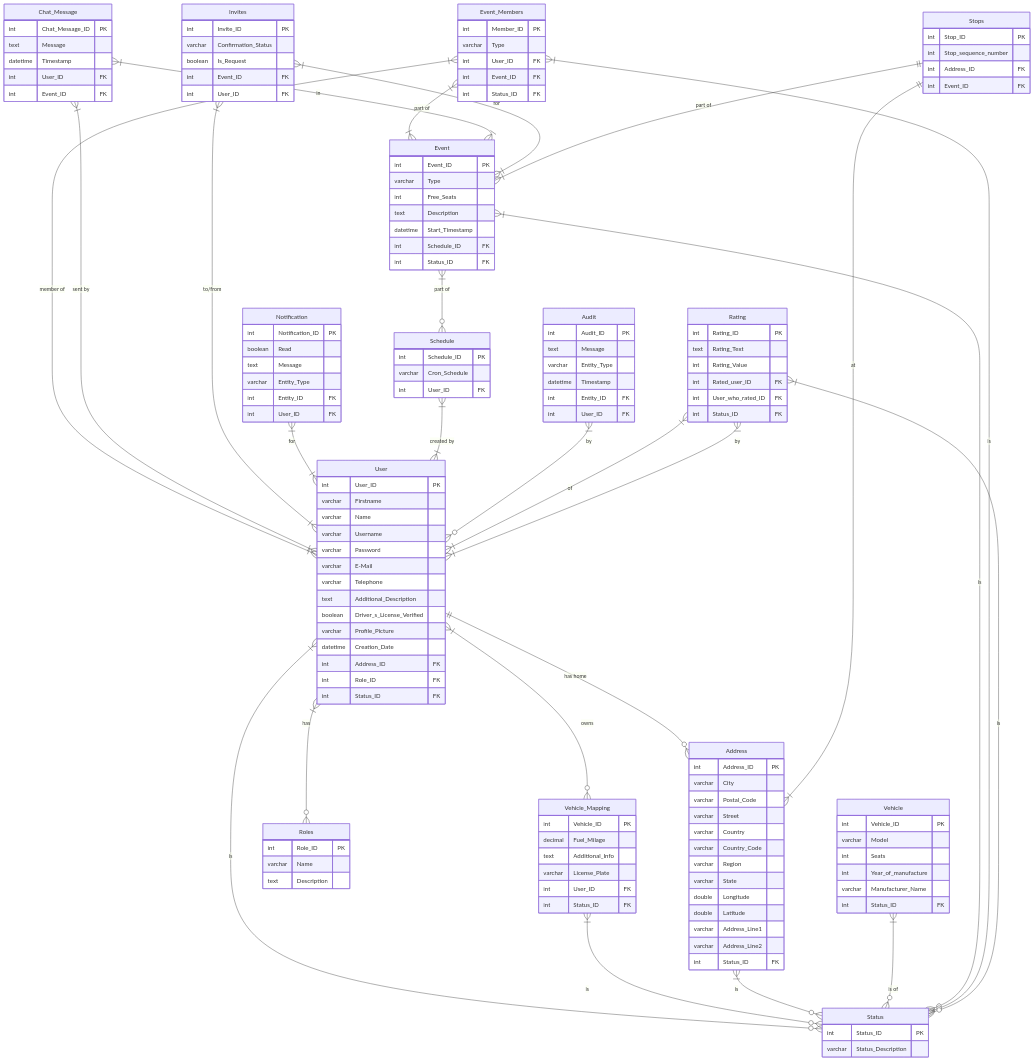
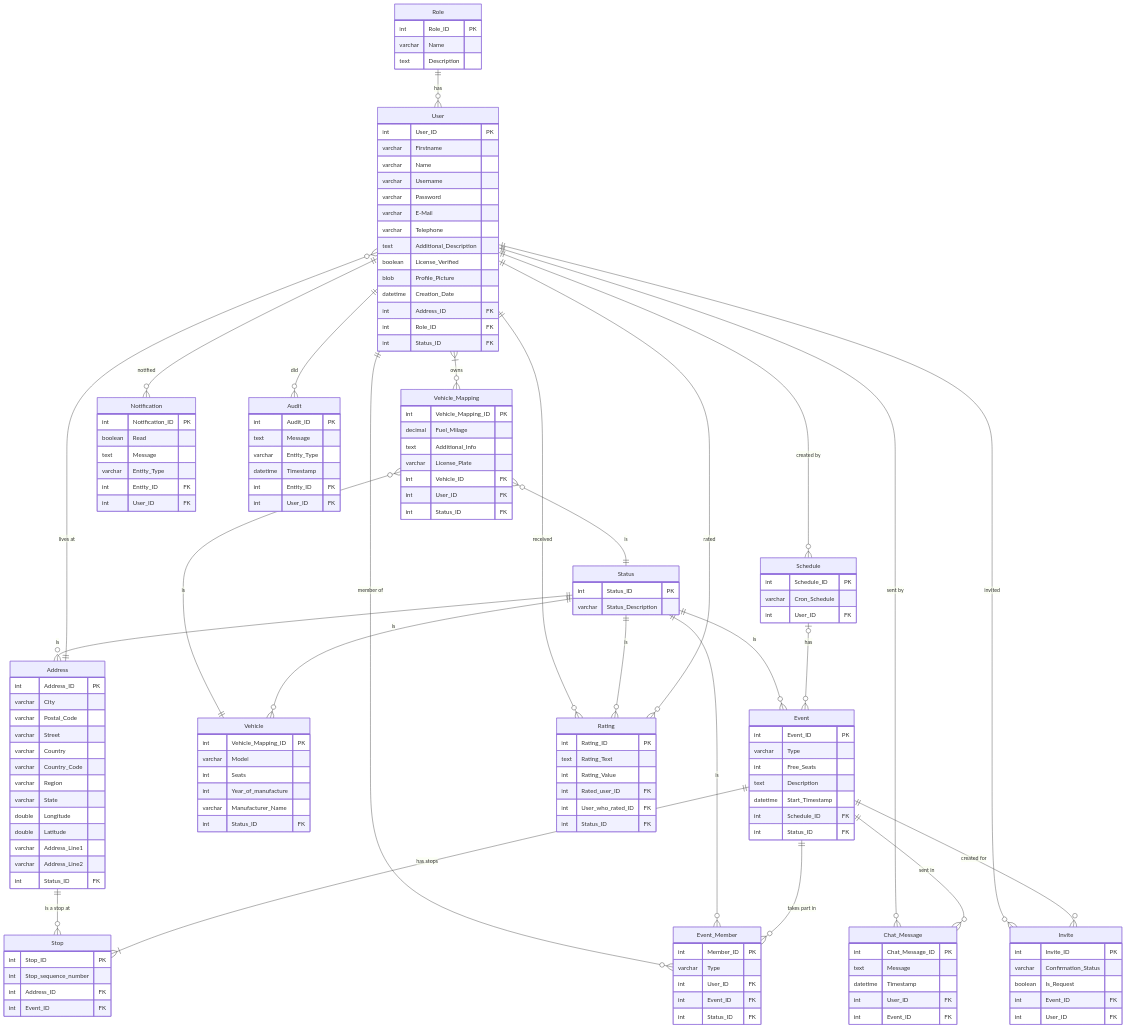
The diagram in Database ER-Diagram.mmd (WayMatcher/Database), drawn with Mermaid before and after one commit. The commit also changed other lines of this file, not shown here.

Commit message:
Created ER-Diagram manually in mermaid

````diff
--- a/Database ER-Diagram.mmd
+++ b/Database ER-Diagram.mmd
@@ -1,3 +2,4 @@
+```mermaid
 erDiagram
     User {
         int User_ID PK
@@ -8,8 +10,8 @@
         varchar E-Mail
         varchar Telephone
         text Additional_Description
-        boolean Driver_s_License_Verified
-        varchar Profile_Picture
+        boolean License_Verified
+        blob Profile_Picture
         datetime Creation_Date
         int Address_ID FK
         int Role_ID FK
@@ -17,10 +19,11 @@
     }
 
     Vehicle_Mapping {
-        int Vehicle_ID PK
+        int Vehicle_Mapping_ID PK
         decimal Fuel_Milage
         text Additional_Info
         varchar License_Plate
+        int Vehicle_ID FK
         int User_ID FK
         int Status_ID FK
     }
@@ -30,7 +33,7 @@
         varchar Status_Description
     }
 
-    Roles {
+    Role {
         int Role_ID PK
         varchar Name
         text Description
@@ -53,7 +56,7 @@
     }
 
     Vehicle {
-        int Vehicle_ID PK
+        int Vehicle_Mapping_ID PK
         varchar Model
         int Seats
         int Year_of_manufacture
@@ -71,7 +74,7 @@
         int Status_ID FK
     }
 
-    Event_Members {
+    Event_Member {
         int Member_ID PK
         varchar Type
         int User_ID FK
@@ -87,7 +90,7 @@
         int Event_ID FK
     }
 
-    Invites {
+    Invite {
         int Invite_ID PK
         varchar Confirmation_Status
         boolean Is_Request
@@ -104,7 +107,7 @@
         int User_ID FK
     }
 
-    Stops {
+    Stop {
         int Stop_ID PK
         int Stop_sequence_number
         int Address_ID FK
@@ -135,27 +138,28 @@
         int Status_ID FK
     }
 
-    User ||--o{ Address : "has home"
     User }|--o{ Vehicle_Mapping : owns
-    User }|--o{ Roles : has
-    User }|--o{ Status : is
-    Vehicle_Mapping }|--o{ Status : is
-    Address }|--o{ Status : is
-    Vehicle }|--o{ Status : "is of"
-    Event }|--o{ Schedule : "part of"
-    Event }|--o{ Status : is
-    Event_Members }|--|{ Event : "part of"
-    Event_Members }|--|{ User : "member of"
-    Event_Members }|--o{ Status : is
-    Chat_Message }|--|{ User : "sent by"
-    Chat_Message }|--|{ Event : "in"
-    Invites }|--|{ Event : "for"
-    Invites }|--|{ User : "to/from"
-    Notification }|--|{ User : "for"
-    Stops ||--|{ Address : "at"
-    Stops ||--|{ Event : "part of"
-    Schedule }|--|{ User : "created by"
-    Audit }|--o{ User : "by"
-    Rating }|--|{ User : "of"
-    Rating }|--|{ User : "by"
-    Rating }|--o{ Status : is
+    User ||--o{ Event_Member : "member of"
+    User ||--o{ Chat_Message : "sent by"
+    User ||--o{ Invite : invited
+    User ||--o{ Notification : notified
+    User ||--o{ Schedule : "created by"
+    User ||--o{ Audit : "did"
+    User ||--o{ Rating : "received"
+    Rating }o--|| User : "rated"
+    Vehicle_Mapping }o--|| Vehicle : "is"
+    Vehicle_Mapping }o--|| Status : "is"
+    Status ||--o{ Address : "is"
+    Status ||--o{ Vehicle : "is"
+    Status ||--o{ Event : "is"
+    Status ||--o{ Event_Member : "is"
+    Status ||--o{ Rating : "is"
+    Role ||--o{ User : "has"
+    Address ||--o{ Stop : "is a stop at"
+    Address ||--o{ User : "lives at"
+    Event ||--o{ Event_Member : "takes part in"
+    Event ||--o{ Chat_Message : "sent in"
+    Event ||--o{ Invite : "created for"
+    Event ||--|{ Stop : "has stops"
+    Schedule |o--o{ Event : "has"
+```
````
